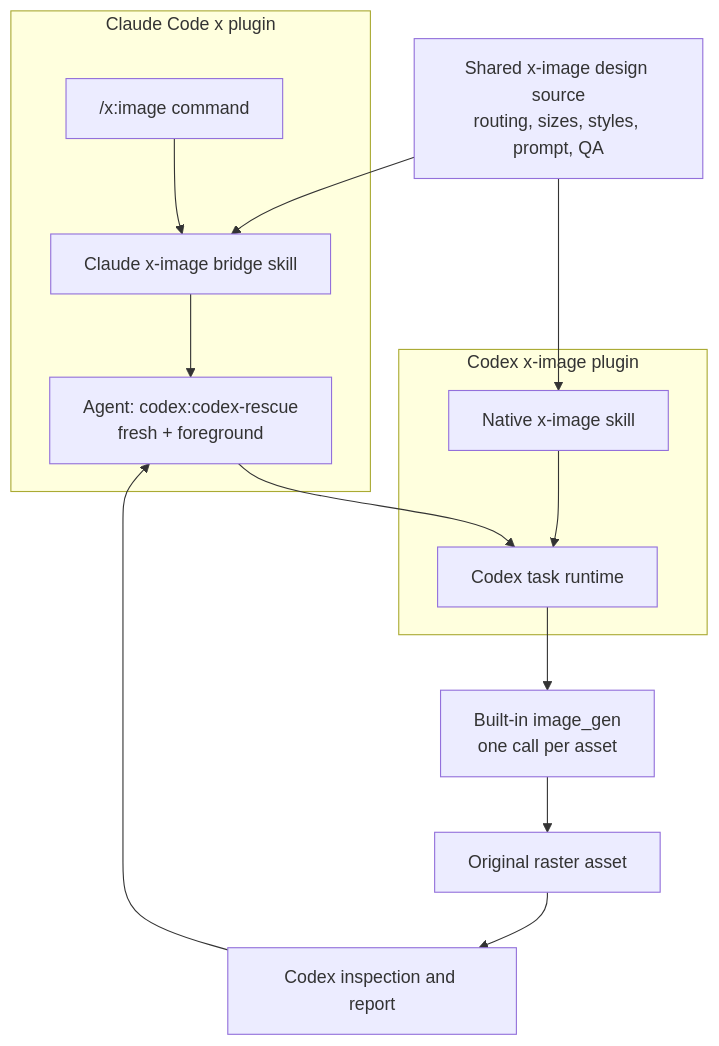
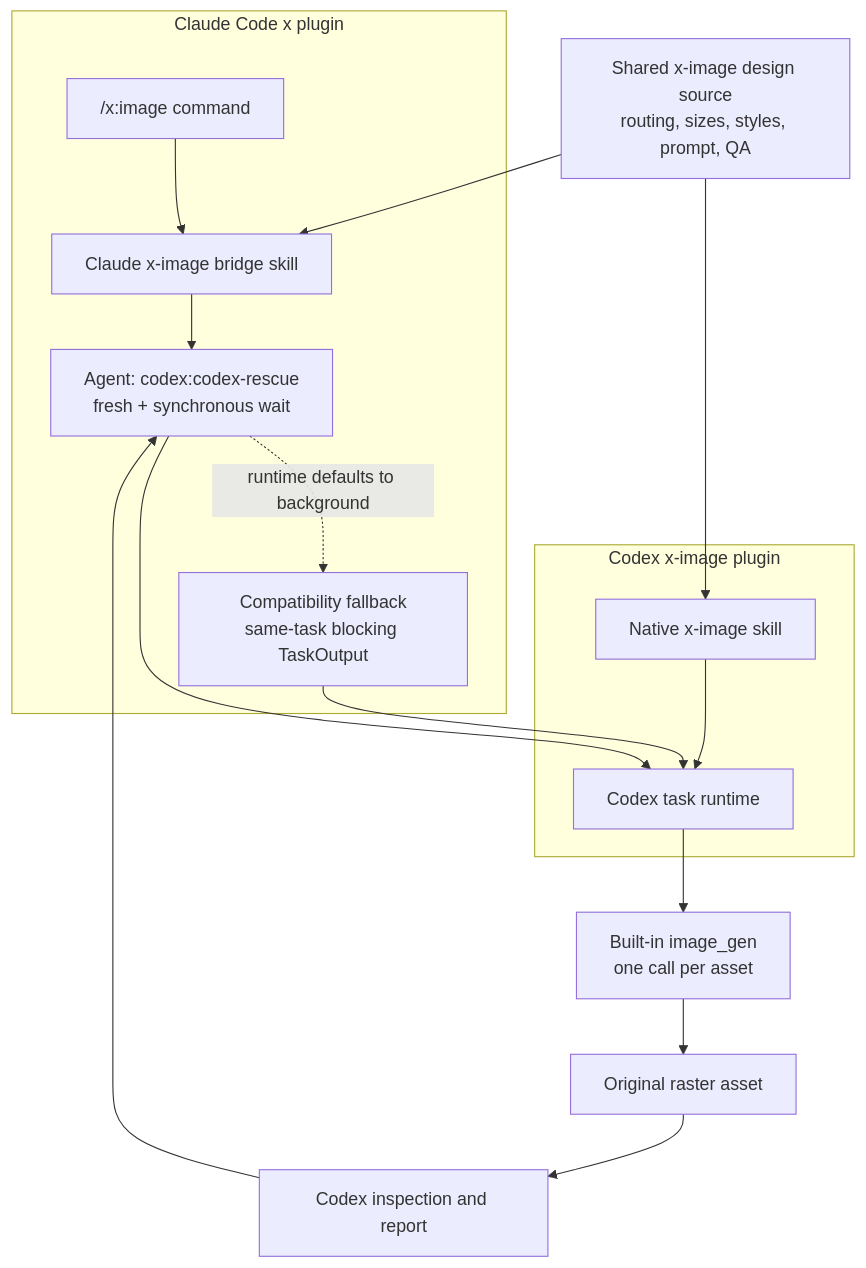
Before and after one commit to haoliucha/build-your-system: the first of 2 diagrams in docs/superpowers/specs/2026-07-16-x-image-design.md, drawn with Mermaid. The commit also changed other lines of this file, not shown here.

Commit message:
docs(x-image): document blocking rescue fallback

````diff
--- a/docs/superpowers/specs/2026-07-16-x-image-design.md
+++ b/docs/superpowers/specs/2026-07-16-x-image-design.md
@@ -89,26 +89,29 @@
 ```mermaid
 flowchart TB
     CORE["Shared x-image design source<br/>routing, sizes, styles, prompt, QA"]
 
     subgraph CLAUDE["Claude Code x plugin"]
         CMD["/x:image command"]
         BRIDGE["Claude x-image bridge skill"]
-        RESCUE["Agent: codex:codex-rescue<br/>fresh + foreground"]
+        RESCUE["Agent: codex:codex-rescue<br/>fresh + synchronous wait"]
+        WAIT["Compatibility fallback<br/>same-task blocking TaskOutput"]
         CMD --> BRIDGE
         BRIDGE --> RESCUE
+        RESCUE -. "runtime defaults to background" .-> WAIT
     end
 
     subgraph CODEX["Codex x-image plugin"]
         NATIVE["Native x-image skill"]
         RUNTIME["Codex task runtime"]
         NATIVE --> RUNTIME
     end
 
     CORE --> BRIDGE
     CORE --> NATIVE
     RESCUE --> RUNTIME
+    WAIT --> RUNTIME
     RUNTIME --> IMAGEGEN["Built-in image_gen<br/>one call per asset"]
     IMAGEGEN --> ASSET["Original raster asset"]
     ASSET --> REPORT["Codex inspection and report"]
     REPORT --> RESCUE
 ```
````
